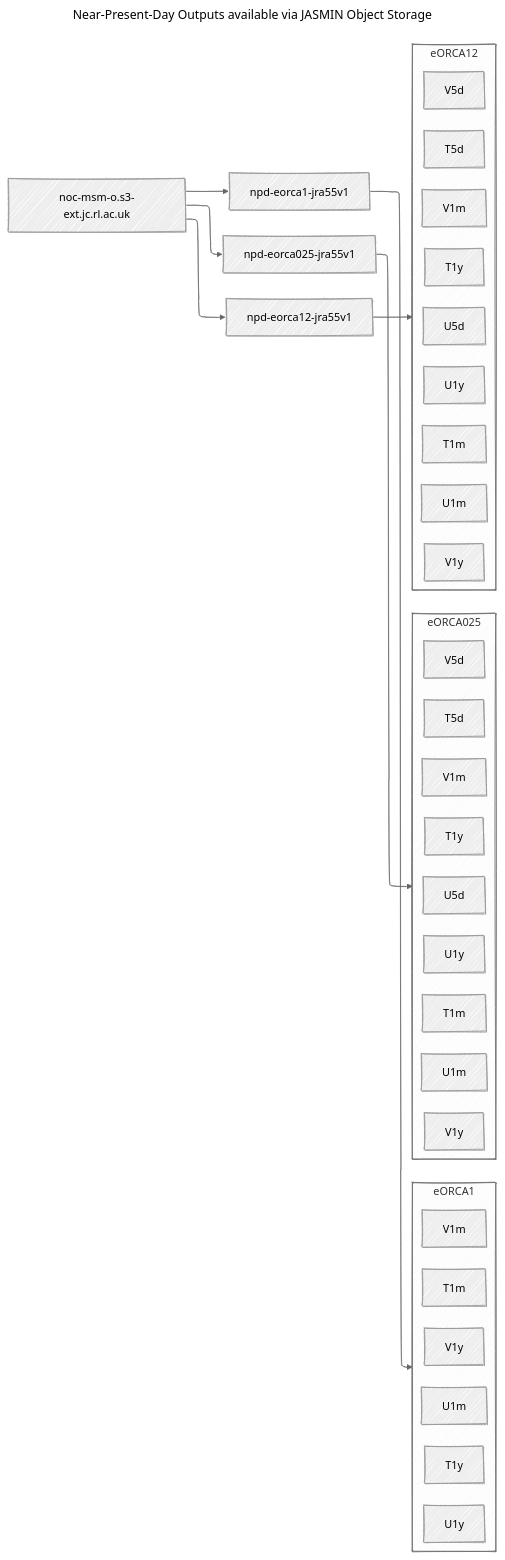
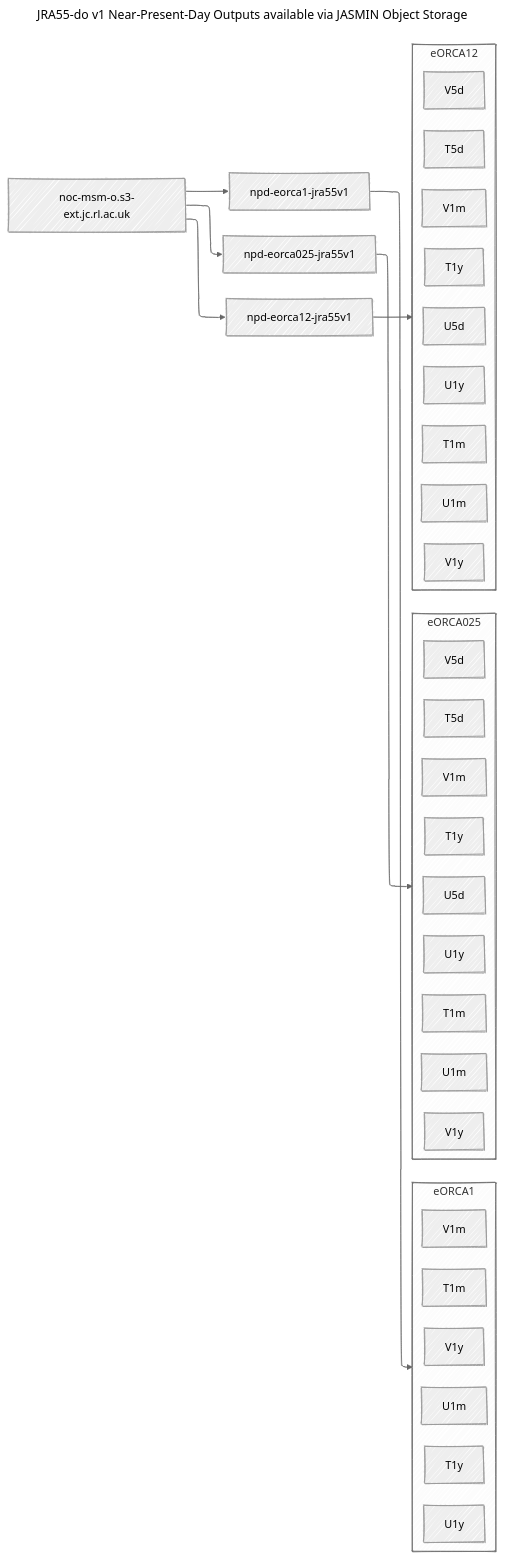
Before and after one commit to NOC-MSM/NOC_Near_Present_Day: the first of 3 diagrams in docs/docs/outputs.md, drawn with Mermaid. The commit also changed other lines of this file and 4 other files, not shown here.

````diff
--- a/docs/docs/outputs.md
+++ b/docs/docs/outputs.md
@@ -77,47 +81,47 @@
 ```mermaid
 ---
-title: Near-Present-Day Outputs available via JASMIN Object Storage
+title: JRA55-do v1 Near-Present-Day Outputs available via JASMIN Object Storage
 config:
   layout: elk
   look: handDrawn
   theme: neutral
 ---
 graph LR
   subgraph npd-eorca1-jra55v1 [eORCA1]
 	  eORCA1.T1m[T1m]
 	  eORCA1.U1m[U1m]
 	  eORCA1.V1m[V1m]
 	  eORCA1.T1y[T1y]
 	  eORCA1.U1y[U1y]
 	  eORCA1.V1y[V1y]
 	 end
   subgraph npd-eorca025-jra55v1 [eORCA025]
 	  eORCA025.T5d[T5d]
 	  eORCA025.U5d[U5d]
 	  eORCA025.V5d[V5d]
 	  eORCA025.T1m[T1m]
 	  eORCA025.U1m[U1m]
 	  eORCA025.V1m[V1m]
 	  eORCA025.T1y[T1y]
 	  eORCA025.U1y[U1y]
 	  eORCA025.V1y[V1y]
 	 end
   subgraph npd-eorca12-jra55v1 [eORCA12]
 	  eORCA12.T5d[T5d]
 	  eORCA12.U5d[U5d]
 	  eORCA12.V5d[V5d]
 	  eORCA12.T1m[T1m]
 	  eORCA12.U1m[U1m]
 	  eORCA12.V1m[V1m]
 	  eORCA12.T1y[T1y]
 	  eORCA12.U1y[U1y]
 	  eORCA12.V1y[V1y]
 	 end
 
     A[noc-msm-o.s3-ext.jc.rl.ac.uk] --> B[npd-eorca1-jra55v1]
     B --> npd-eorca1-jra55v1
     A --> C[npd-eorca025-jra55v1]
     C --> npd-eorca025-jra55v1
     A --> D[npd-eorca12-jra55v1]
     D --> npd-eorca12-jra55v1
 ```
````
